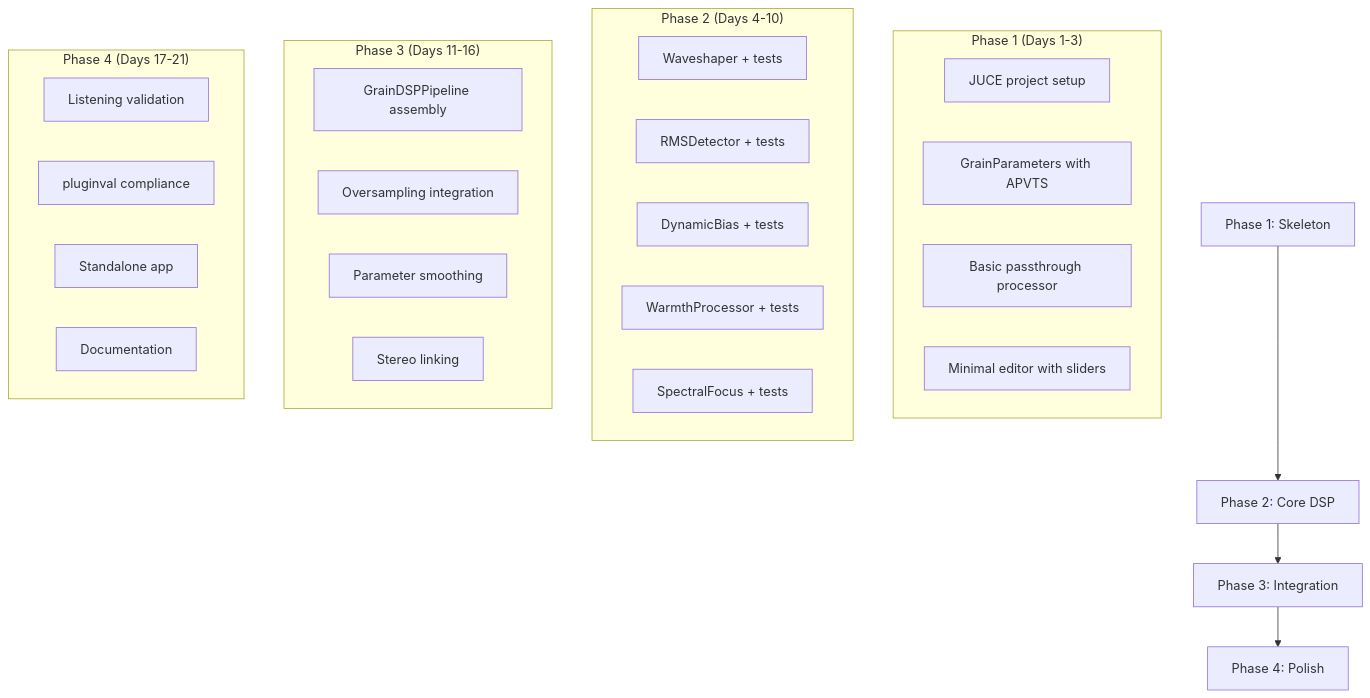
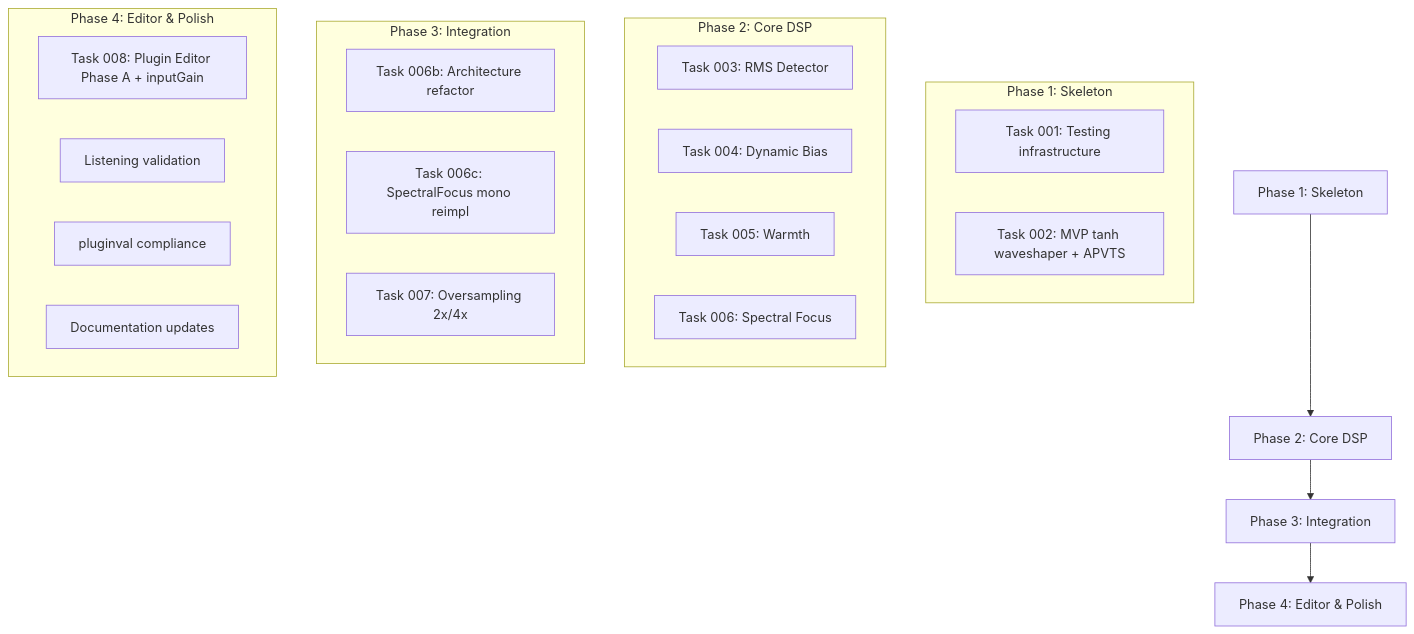
One commit to sbrocos/GRAIN changed the fourth of 4 diagrams in docs/GRAIN_Code_Architecture.md. Above: the diagram before and after it, drawn with Mermaid. The commit also changed other lines of this file and 4 other files, not shown here.

First line of the commit message:
Update project documentation to match current implementation (GT-12)

````diff
--- a/docs/GRAIN_Code_Architecture.md
+++ b/docs/GRAIN_Code_Architecture.md
@@ -466,38 +393,31 @@
 ```mermaid
 flowchart TD
-    P1["Phase 1: Skeleton"]
-    P2["Phase 2: Core DSP"]
-    P3["Phase 3: Integration"]
-    P4["Phase 4: Polish"]
-    
-    P1 --> P2 --> P3 --> P4
-    
-    subgraph Phase1["Phase 1 (Days 1-3)"]
-        S1[JUCE project setup]
-        S2[GrainParameters with APVTS]
-        S3[Basic passthrough processor]
-        S4[Minimal editor with sliders]
+    P1["Phase 1: Skeleton"] --> P2["Phase 2: Core DSP"]
+    P2 --> P3["Phase 3: Integration"]
+    P3 --> P4["Phase 4: Editor & Polish"]
+
+    subgraph Phase1["Phase 1: Skeleton"]
+        S1["Task 001: Testing infrastructure"]
+        S2["Task 002: MVP tanh waveshaper + APVTS"]
     end
-    
-    subgraph Phase2["Phase 2 (Days 4-10)"]
-        D1[Waveshaper + tests]
-        D2[RMSDetector + tests]
-        D3[DynamicBias + tests]
-        D4[WarmthProcessor + tests]
-        D5[SpectralFocus + tests]
+
+    subgraph Phase2["Phase 2: Core DSP"]
+        D1["Task 003: RMS Detector"]
+        D2["Task 004: Dynamic Bias"]
+        D3["Task 005: Warmth"]
+        D4["Task 006: Spectral Focus"]
     end
-    
-    subgraph Phase3["Phase 3 (Days 11-16)"]
-        I1[GrainDSPPipeline assembly]
-        I2[Oversampling integration]
-        I3[Parameter smoothing]
-        I4[Stereo linking]
+
+    subgraph Phase3["Phase 3: Integration"]
+        I1["Task 006b: Architecture refactor"]
+        I2["Task 006c: SpectralFocus mono reimpl"]
+        I3["Task 007: Oversampling 2x/4x"]
     end
-    
-    subgraph Phase4["Phase 4 (Days 17-21)"]
-        V1[Listening validation]
-        V2[pluginval compliance]
-        V3[Standalone app]
-        V4[Documentation]
+
+    subgraph Phase4["Phase 4: Editor & Polish"]
+        V1["Task 008: Plugin Editor Phase A + inputGain"]
+        V2["Listening validation"]
+        V3["pluginval compliance"]
+        V4["Documentation updates"]
     end
 ```
````
